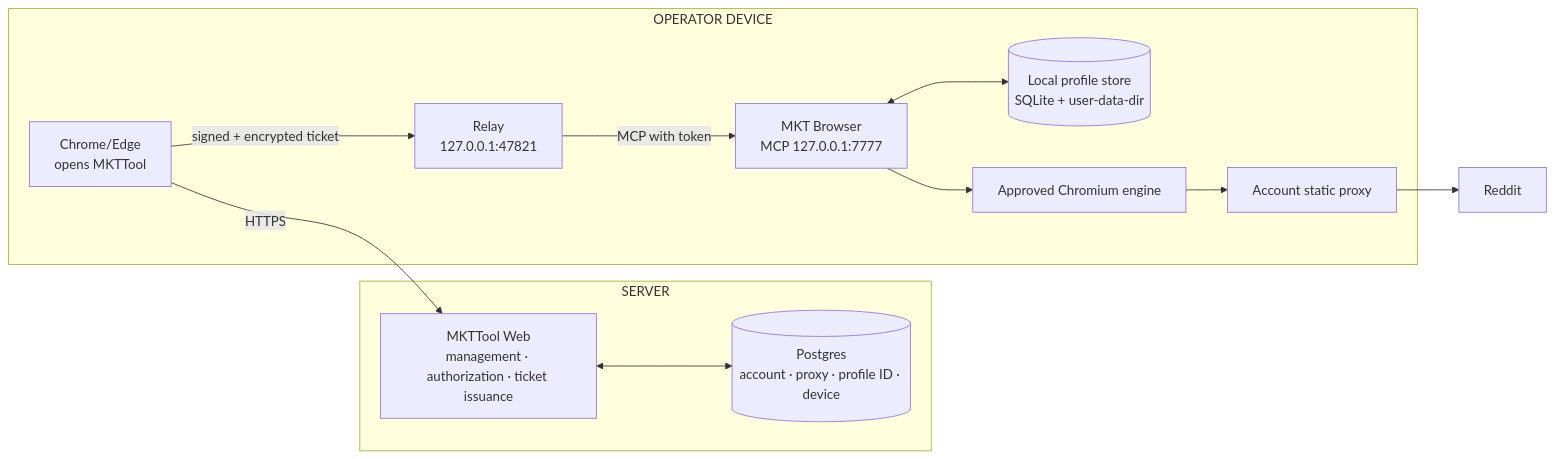
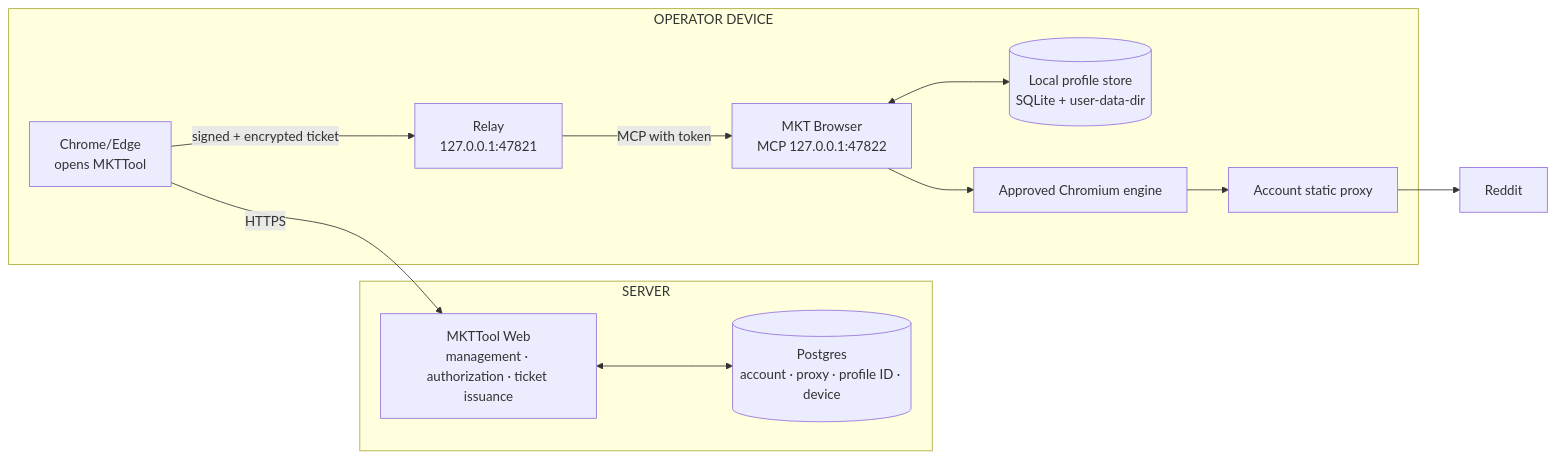
Before and after one commit to FinanceBullkk/MKTTool: the first of 6 diagrams in plans/260810-0244-mkt-browser-noi-bo/plan.md, drawn with Mermaid. The commit also changed other lines of this file and 9 other files, not shown here.

First line of the commit message:
docs(mkt-browser): record the MKB-W02 internal clean break

````diff
--- a/plans/260810-0244-mkt-browser-noi-bo/plan.md
+++ b/plans/260810-0244-mkt-browser-noi-bo/plan.md
@@ -173,26 +174,26 @@
 ```mermaid
 flowchart LR
   subgraph Server["SERVER"]
     Web["MKTTool Web\nmanagement · authorization · ticket issuance"]
     DB[("Postgres\naccount · proxy · profile ID · device")]
     Web <--> DB
   end
 
   subgraph Operator["OPERATOR DEVICE"]
     Normal["Chrome/Edge\nopens MKTTool"]
     Relay["Relay\n127.0.0.1:47821"]
-    Browser["MKT Browser\nMCP 127.0.0.1:7777"]
+    Browser["MKT Browser\nMCP 127.0.0.1:47822"]
     Store[("Local profile store\nSQLite + user-data-dir")]
     Engine["Approved Chromium engine"]
     Proxy["Account static proxy"]
 
     Normal -->|"signed + encrypted ticket"| Relay
     Relay -->|"MCP with token"| Browser
     Browser <--> Store
     Browser --> Engine
     Engine --> Proxy
   end
 
   Normal -->|HTTPS| Web
   Proxy --> Reddit["Reddit"]
 ```
````
